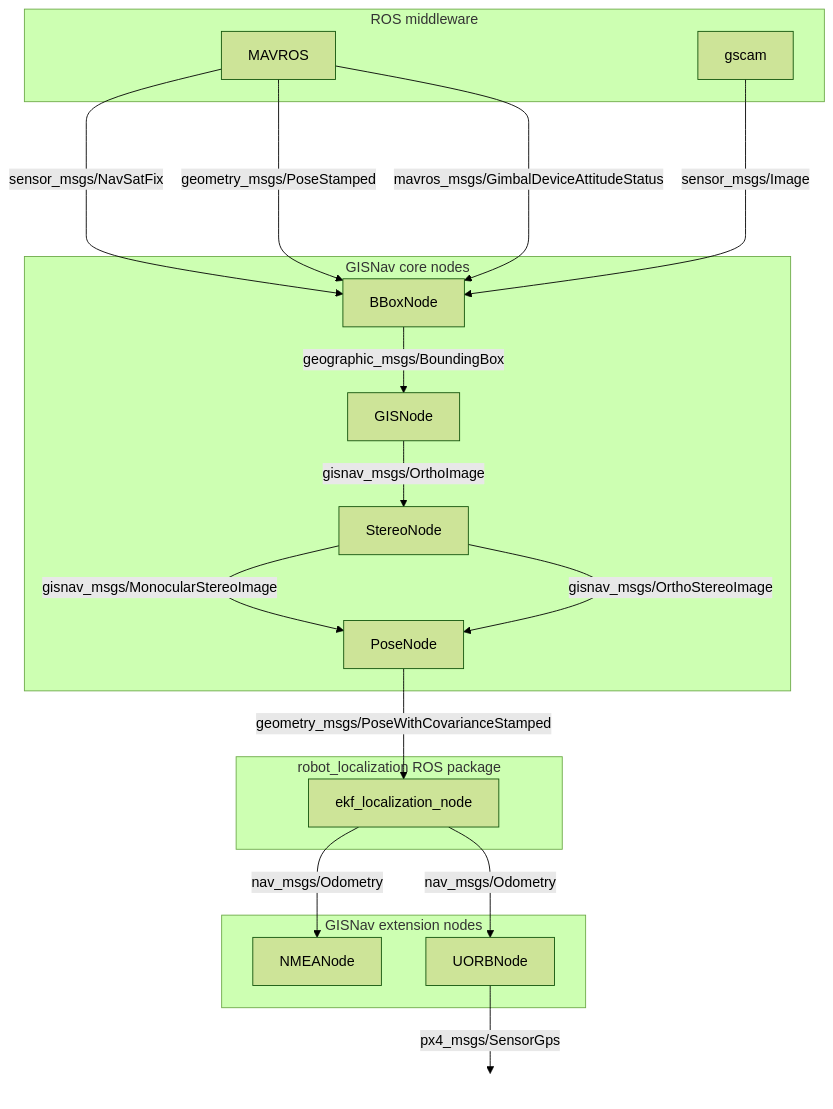
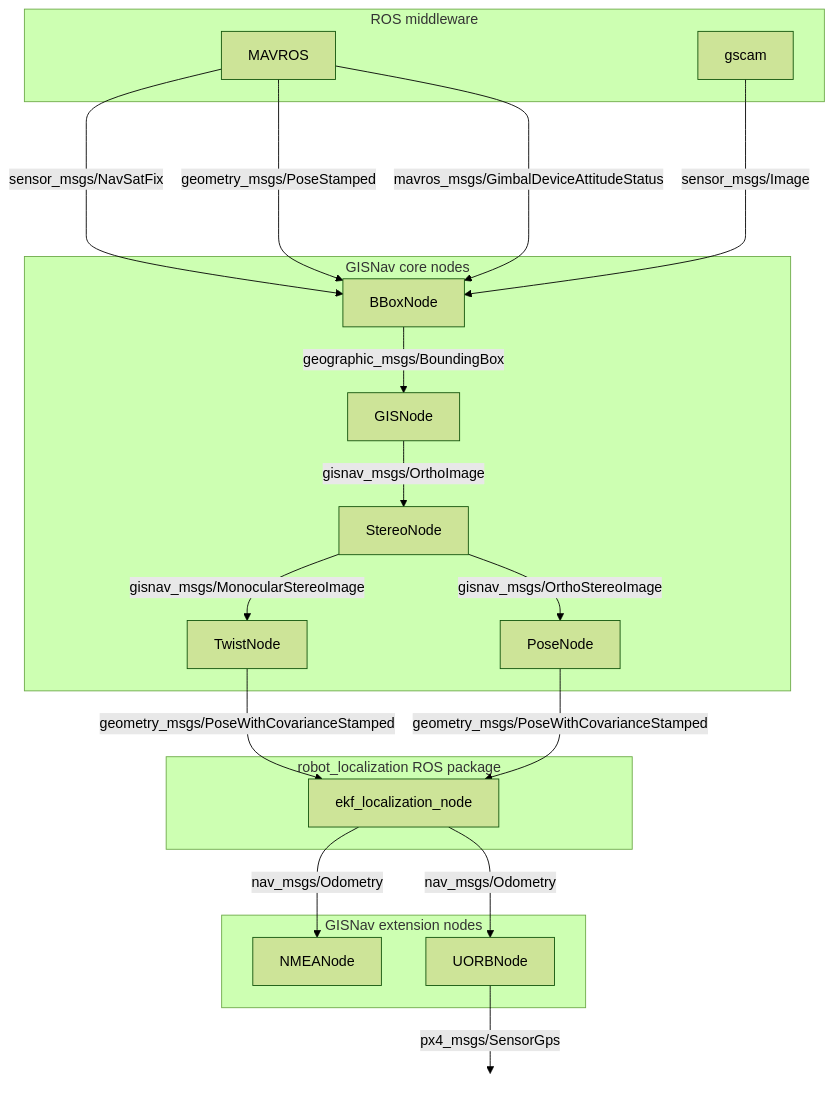
Before and after one commit to hmakelin/gisnav: the first of 3 diagrams in docs/vitepress/docs/system-architecture.md, drawn with Mermaid (forest theme). The commit also changed 13 other files, not shown here.

````diff
--- a/docs/vitepress/docs/system-architecture.md
+++ b/docs/vitepress/docs/system-architecture.md
@@ -19,36 +19,37 @@
 ```mermaid
 graph TB
 
     subgraph ros_middleware["ROS middleware"]
         MAVROS
         gscam
     end
 
     MAVROS -->|"sensor_msgs/NavSatFix"| BBoxNode
     MAVROS -->|"geometry_msgs/PoseStamped"| BBoxNode
     MAVROS -->|"mavros_msgs/GimbalDeviceAttitudeStatus"| BBoxNode
     gscam ---->|"sensor_msgs/Image"| BBoxNode
 
     subgraph core["GISNav core nodes"]
         BBoxNode -->|"geographic_msgs/BoundingBox"| GISNode
         GISNode -->|"gisnav_msgs/OrthoImage"| StereoNode
-        StereoNode -->|"gisnav_msgs/MonocularStereoImage"| PoseNode
+        StereoNode -->|"gisnav_msgs/MonocularStereoImage"| TwistNode
         StereoNode -->|"gisnav_msgs/OrthoStereoImage"| PoseNode
     end
 
     subgraph extension["GISNav extension nodes"]
         NMEANode["NMEANode"]
         UORBNode["UORBNode"]
     end
 
     subgraph robot_localization["robot_localization ROS package"]
         ekf["ekf_localization_node"] -->|"nav_msgs/Odometry"| UORBNode
         ekf["ekf_localization_node"] -->|"nav_msgs/Odometry"| NMEANode
     end
 
+    TwistNode -->|"geometry_msgs/PoseWithCovarianceStamped"| ekf
     PoseNode -->|"geometry_msgs/PoseWithCovarianceStamped"| ekf
     UORBNode -->|"px4_msgs/SensorGps"| micro_ros_agent[" "]
 
     style micro_ros_agent fill-opacity:0, stroke-opacity:0;
 
 ```
````
